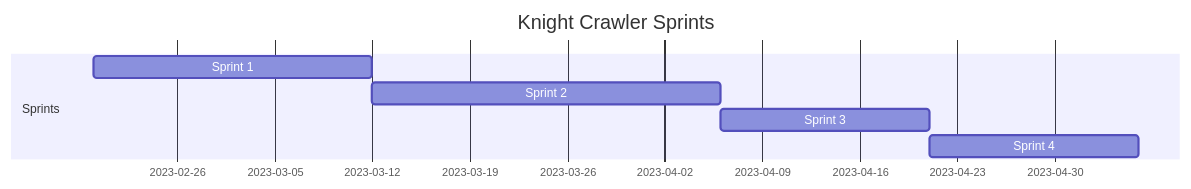
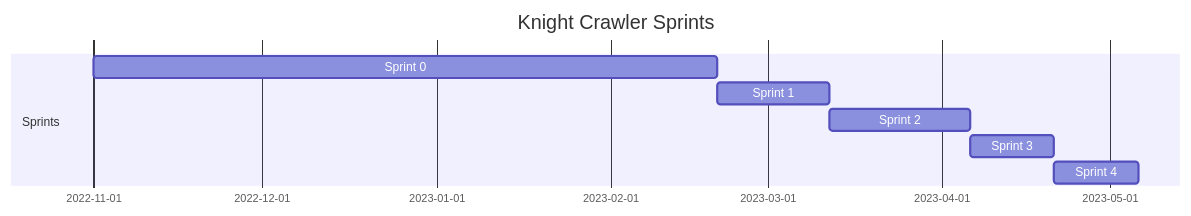
One commit to PausedMagician/Knight-Crawler changed the first of 6 diagrams in README.md. Above: the diagram before and after it, drawn with Mermaid. The commit also changed other lines of this file and 2 other files, not shown here.

Commit message:
Readme and Diagrams

````diff
--- a/README.md
+++ b/README.md
@@ -3,11 +3,12 @@
 ```mermaid
 gantt
     dateFormat  DD-MM-YYYY
     title       Knight Crawler Sprints
 
     section Sprints
+    Sprint 0                    :           2022-11-01, 111d
     Sprint 1                    :           sp1, 2023-02-20, 20d
     Sprint 2                    :           sp2, after sp1, 25d
     Sprint 3                    :           sp3, after sp2, 15d
     Sprint 4                    :           sp4, after sp3, 15d    
 ```
````
